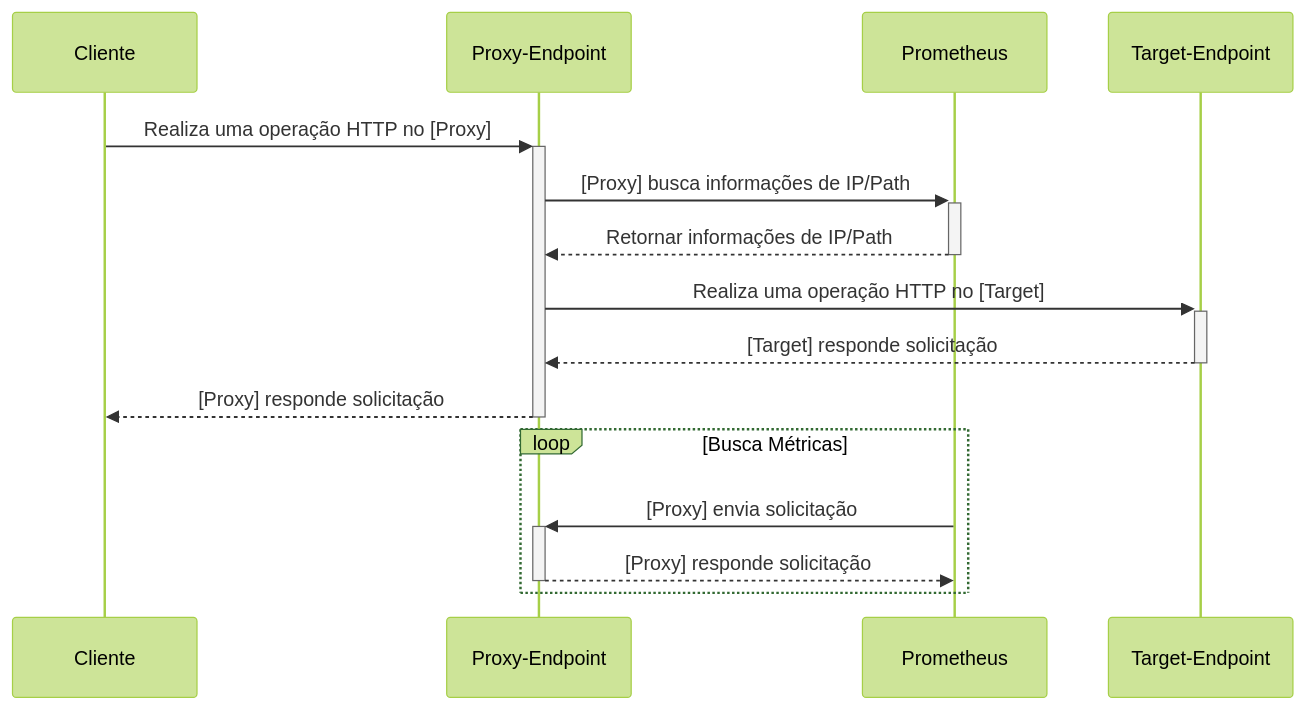
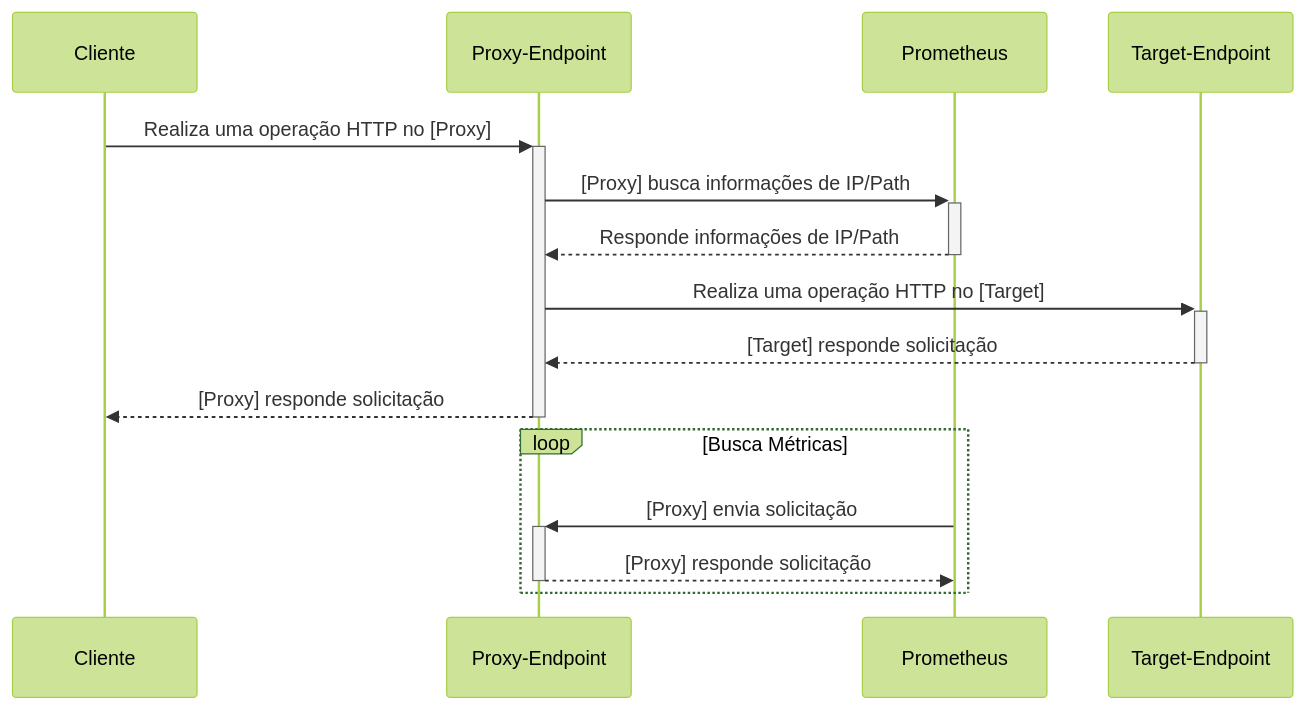
The diagram in docs/nav/project/flow.md (FernandoCelmer/api-proxy), drawn with Mermaid (forest theme) before and after one commit. The commit also changed other lines of this file and 1 other file, not shown here.

````diff
--- a/docs/nav/project/flow.md
+++ b/docs/nav/project/flow.md
@@ -3,13 +3,13 @@
 ```mermaid
 sequenceDiagram
     Cliente->>+Proxy-Endpoint: Realiza uma operação HTTP no [Proxy]
     Proxy-Endpoint->>+Prometheus: [Proxy] busca informações de IP/Path
-    Prometheus-->>-Proxy-Endpoint: Retornar informações de IP/Path
+    Prometheus-->>-Proxy-Endpoint: Responde informações de IP/Path
     Proxy-Endpoint->>+Target-Endpoint: Realiza uma operação HTTP no [Target]
     Target-Endpoint-->>-Proxy-Endpoint: [Target] responde solicitação
     Proxy-Endpoint-->>-Cliente: [Proxy] responde solicitação
     loop Busca Métricas
         Prometheus->>+Proxy-Endpoint: [Proxy] envia solicitação
         Proxy-Endpoint-->>-Prometheus: [Proxy] responde solicitação
     end
 ```
````
